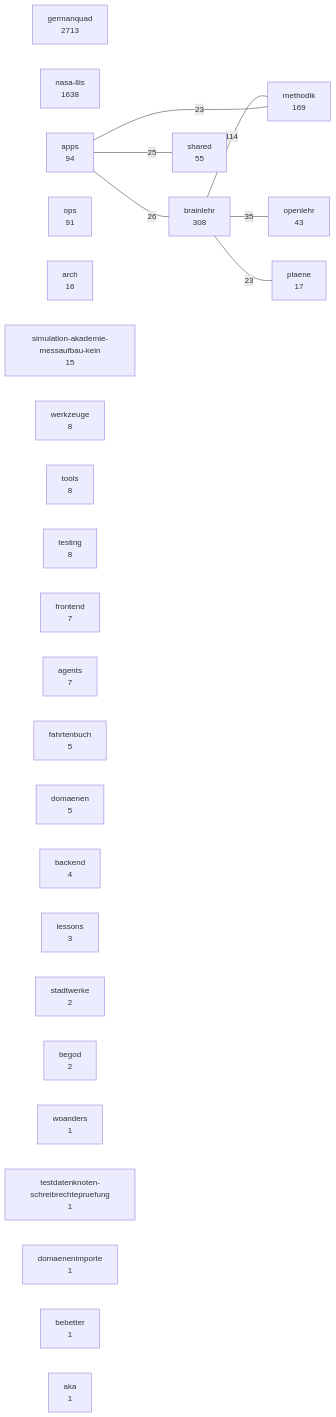
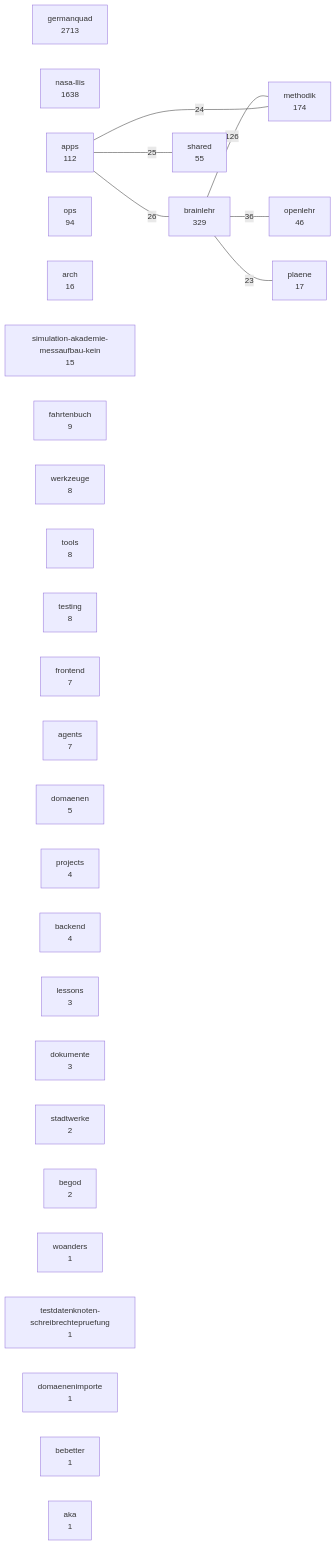
One commit to 3lehr/brainlehr changed the diagram in docs/karten/bestand.md. Above: the diagram before and after it, drawn with Mermaid. The commit also changed 11 other files, not shown here.

````diff
--- a/docs/karten/bestand.md
+++ b/docs/karten/bestand.md
@@ -5,36 +5,38 @@
 ```mermaid
 graph LR
   germanquad["germanquad<br/>2713"]
   nasa_llis["nasa-llis<br/>1638"]
-  brainlehr["brainlehr<br/>308"]
-  methodik["methodik<br/>169"]
-  apps["apps<br/>94"]
-  ops["ops<br/>91"]
+  brainlehr["brainlehr<br/>329"]
+  methodik["methodik<br/>174"]
+  apps["apps<br/>112"]
+  ops["ops<br/>94"]
   shared["shared<br/>55"]
-  openlehr["openlehr<br/>43"]
+  openlehr["openlehr<br/>46"]
   plaene["plaene<br/>17"]
   arch["arch<br/>16"]
   simulation_akademie_messaufbau_kein["simulation-akademie-messaufbau-kein<br/>15"]
+  fahrtenbuch["fahrtenbuch<br/>9"]
   werkzeuge["werkzeuge<br/>8"]
   tools["tools<br/>8"]
   testing["testing<br/>8"]
   frontend["frontend<br/>7"]
   agents["agents<br/>7"]
-  fahrtenbuch["fahrtenbuch<br/>5"]
   domaenen["domaenen<br/>5"]
+  projects["projects<br/>4"]
   backend["backend<br/>4"]
   lessons["lessons<br/>3"]
+  dokumente["dokumente<br/>3"]
   stadtwerke["stadtwerke<br/>2"]
   begod["begod<br/>2"]
   woanders["woanders<br/>1"]
   testdatenknoten_schreibrechtepruefung["testdatenknoten-schreibrechtepruefung<br/>1"]
   domaenenimporte["domaenenimporte<br/>1"]
   bebetter["bebetter<br/>1"]
   aka["aka<br/>1"]
-  brainlehr ---|114| methodik
-  brainlehr ---|35| openlehr
+  brainlehr ---|126| methodik
+  brainlehr ---|36| openlehr
   apps ---|26| brainlehr
   apps ---|25| shared
-  apps ---|23| methodik
+  apps ---|24| methodik
   brainlehr ---|23| plaene
 ```
````
